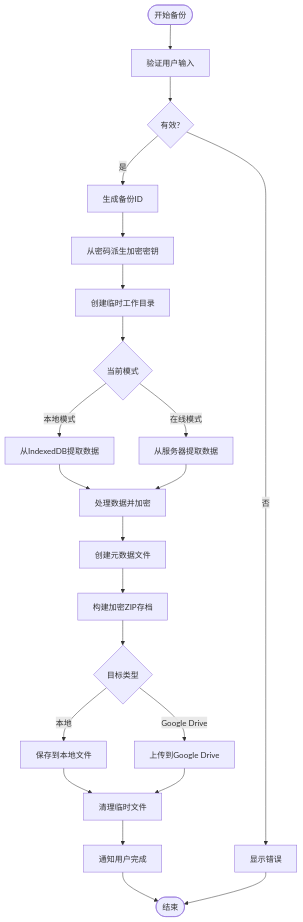
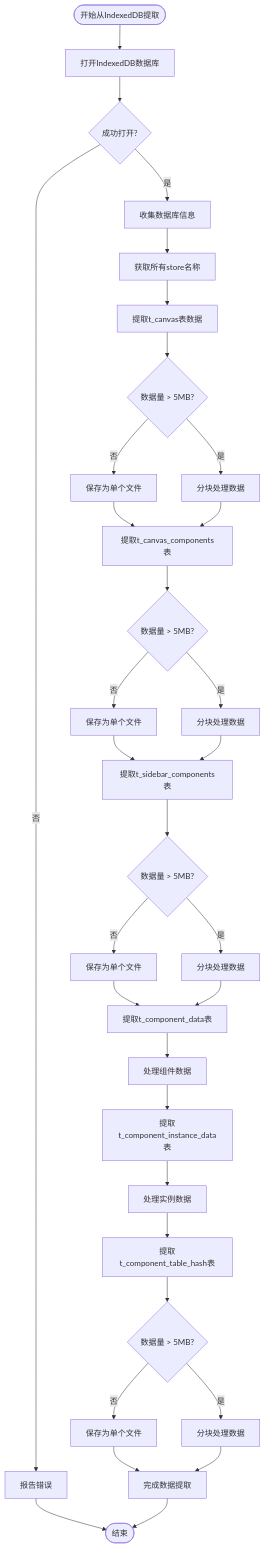
The diagram in all/未命名-52.md (yingjianzh/iodraw-files), drawn with Mermaid before and after one commit.

Commit message:
2025-05-09 14:14:12 update

````diff
--- a/all/未命名-52.md
+++ b/all/未命名-52.md
@@ -1,32 +1,49 @@
 ```mermaid
 flowchart TD
-    Start([开始备份]) --> ValidateInput[验证用户输入]
-    ValidateInput --> InputValid{有效?}
-    InputValid -->|否| ShowError[显示错误]
-    InputValid -->|是| GenerateBackupID[生成备份ID]
+    Start([开始从IndexedDB提取]) --> OpenDB[打开IndexedDB数据库]
+    OpenDB --> OpenResult{成功打开?}
     
-    GenerateBackupID --> DeriveKey[从密码派生加密密钥]
-    DeriveKey --> CreateTemp[创建临时工作目录]
+    OpenResult -->|否| ReportError[报告错误]
+    OpenResult -->|是| CollectDBInfo[收集数据库信息]
     
-    CreateTemp --> CheckMode{当前模式}
-    CheckMode -->|本地模式| ExtractFromIndexedDB[从IndexedDB提取数据]
-    CheckMode -->|在线模式| ExtractFromServer[从服务器提取数据]
+    ReportError --> End([结束])
     
-    ExtractFromIndexedDB --> ProcessData[处理数据并加密]
-    ExtractFromServer --> ProcessData
+    CollectDBInfo --> StoreNames[获取所有store名称]
+    StoreNames --> ExtractCanvas[提取t_canvas表数据]
     
-    ProcessData --> CreateMetadata[创建元数据文件]
-    CreateMetadata --> BuildArchive[构建加密ZIP存档]
+    ExtractCanvas --> ProcessCanvas{数据量 > 5MB?}
+    ProcessCanvas -->|否| SaveSingleFile1[保存为单个文件]
+    ProcessCanvas -->|是| ChunkData1[分块处理数据]
     
-    BuildArchive --> DestinationType{目标类型}
-    DestinationType -->|本地| SaveToLocal[保存到本地文件]
-    DestinationType -->|Google Drive| UploadToGDrive[上传到Google Drive]
+    SaveSingleFile1 --> ExtractCanvasComp[提取t_canvas_components表]
+    ChunkData1 --> ExtractCanvasComp
     
-    SaveToLocal --> CleanupTemp[清理临时文件]
-    UploadToGDrive --> CleanupTemp
+    ExtractCanvasComp --> ProcessCanvasComp{数据量 > 5MB?}
+    ProcessCanvasComp -->|否| SaveSingleFile2[保存为单个文件]
+    ProcessCanvasComp -->|是| ChunkData2[分块处理数据]
     
-    CleanupTemp --> NotifyUser[通知用户完成]
-    NotifyUser --> End([结束])
+    SaveSingleFile2 --> ExtractSidebar[提取t_sidebar_components表]
+    ChunkData2 --> ExtractSidebar
     
-    ShowError --> End
+    ExtractSidebar --> ProcessSidebar{数据量 > 5MB?}
+    ProcessSidebar -->|否| SaveSingleFile3[保存为单个文件]
+    ProcessSidebar -->|是| ChunkData3[分块处理数据]
+    
+    SaveSingleFile3 --> ExtractComponentData[提取t_component_data表]
+    ChunkData3 --> ExtractComponentData
+    
+    ExtractComponentData --> ProcessCompData[处理组件数据]
+    ProcessCompData --> ExtractInstanceData[提取t_component_instance_data表]
+    
+    ExtractInstanceData --> ProcessInstanceData[处理实例数据]
+    ProcessInstanceData --> ExtractHashTables[提取t_component_table_hash表]
+    
+    ExtractHashTables --> ProcessHash{数据量 > 5MB?}
+    ProcessHash -->|否| SaveSingleFile4[保存为单个文件]
+    ProcessHash -->|是| ChunkData4[分块处理数据]
+    
+    SaveSingleFile4 --> CompleteExtraction[完成数据提取]
+    ChunkData4 --> CompleteExtraction
+    
+    CompleteExtraction --> End
 ```
````
